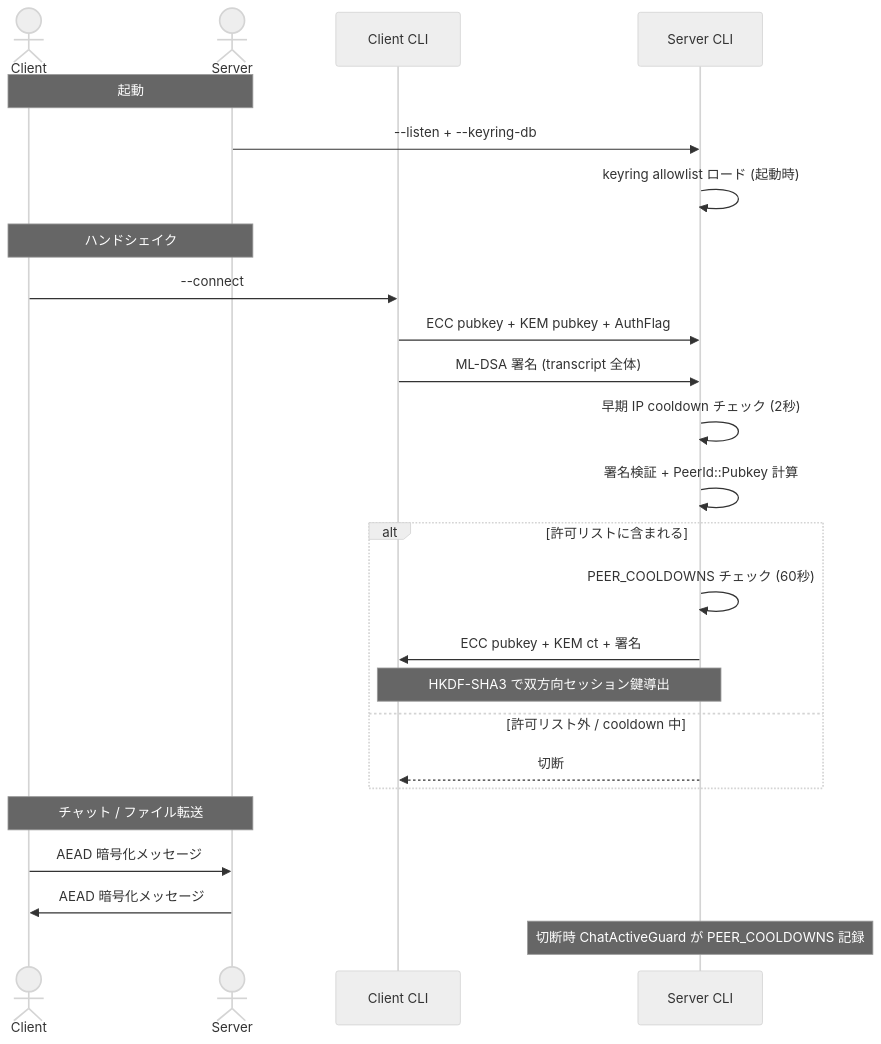
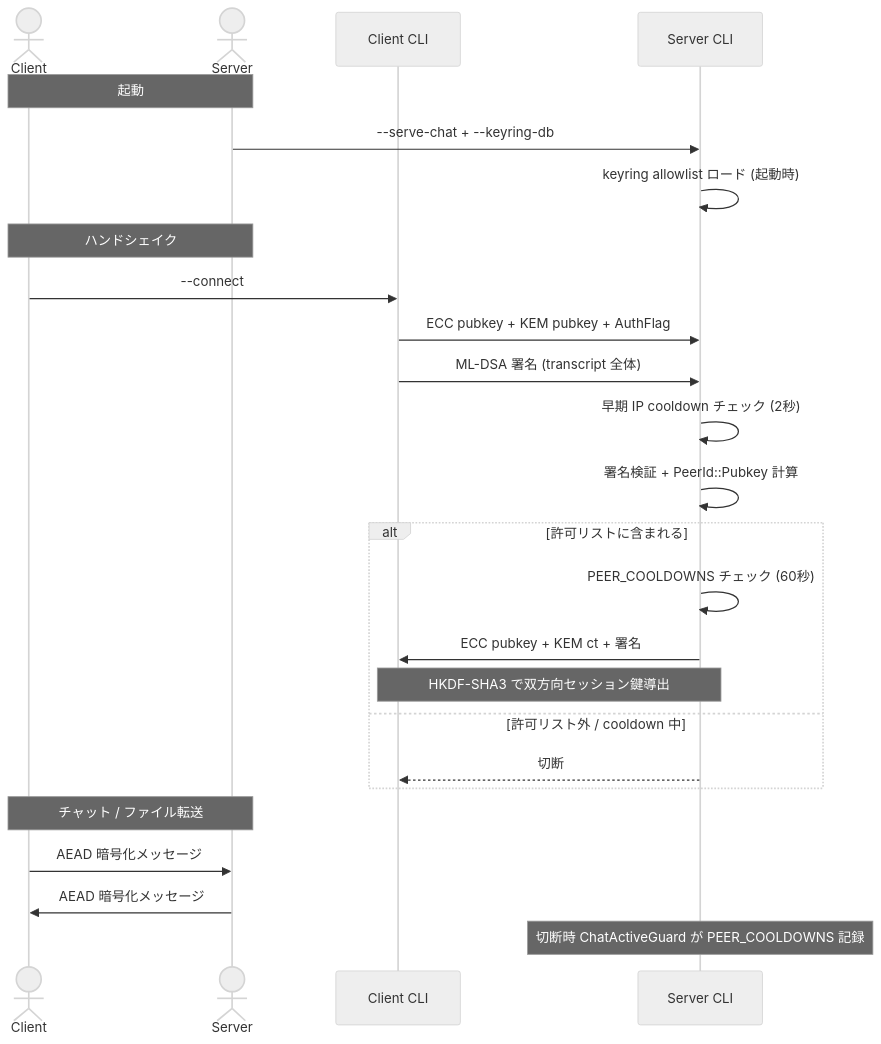
The ninth of 11 diagrams in README.md (nkoriyama/nkCryptoTool-rust), drawn with Mermaid (neutral theme) before and after one commit. The commit also changed other lines of this file and 5 other files, not shown here.

First line of the commit message:
refactor(cli): rename --listen to --serve-chat for server-flag vocabulary (#44)

````diff
--- a/README.md
+++ b/README.md
@@ -770,31 +770,31 @@
 ```mermaid
 sequenceDiagram
     actor Client
     actor Server
     participant CLI_C as Client CLI
     participant CLI_S as Server CLI
 
     Note over Client, Server: 起動
-    Server->>CLI_S: --listen + --keyring-db
+    Server->>CLI_S: --serve-chat + --keyring-db
     CLI_S->>CLI_S: keyring allowlist ロード (起動時)
 
     Note over Client, Server: ハンドシェイク
     Client->>CLI_C: --connect
     CLI_C->>CLI_S: ECC pubkey + KEM pubkey + AuthFlag
     CLI_C->>CLI_S: ML-DSA 署名 (transcript 全体)
     CLI_S->>CLI_S: 早期 IP cooldown チェック (2秒)
     CLI_S->>CLI_S: 署名検証 + PeerId::Pubkey 計算
     alt 許可リストに含まれる
         CLI_S->>CLI_S: PEER_COOLDOWNS チェック (60秒)
         CLI_S->>CLI_C: ECC pubkey + KEM ct + 署名
         Note over CLI_C, CLI_S: HKDF-SHA3 で双方向セッション鍵導出
     else 許可リスト外 / cooldown 中
         CLI_S-->>CLI_C: 切断
     end
 
     Note over Client, Server: チャット / ファイル転送
     Client->>Server: AEAD 暗号化メッセージ
     Server->>Client: AEAD 暗号化メッセージ
 
     Note over CLI_S: 切断時 ChatActiveGuard が PEER_COOLDOWNS 記録
 ```
````
